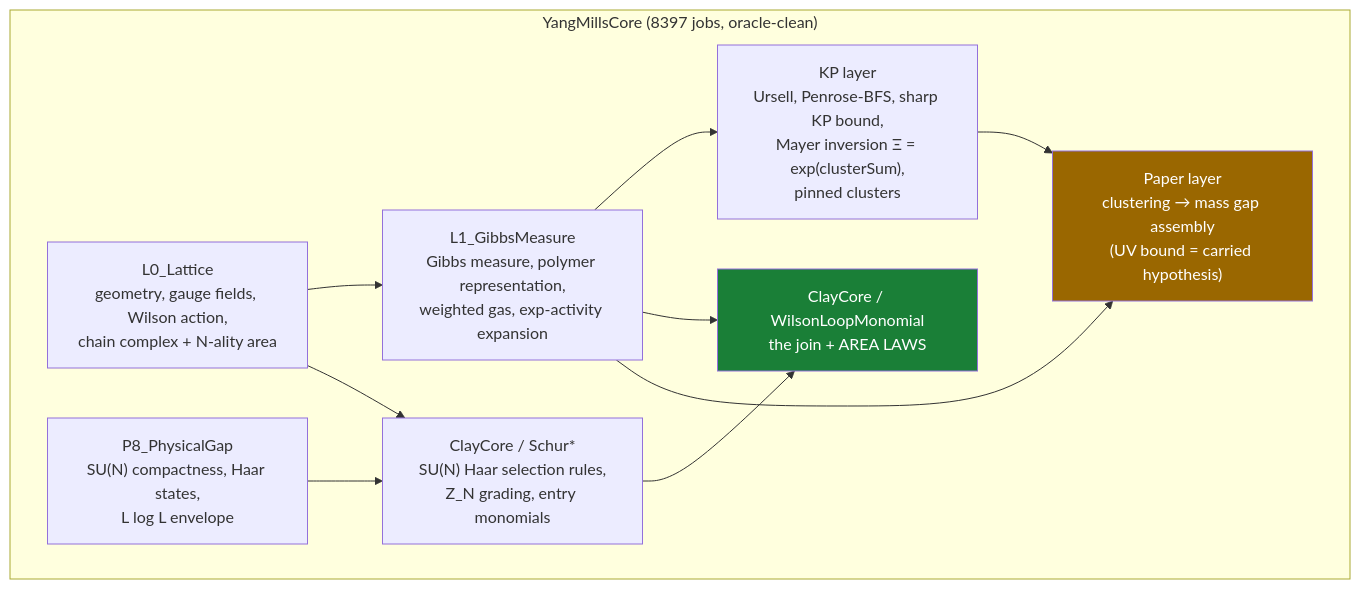
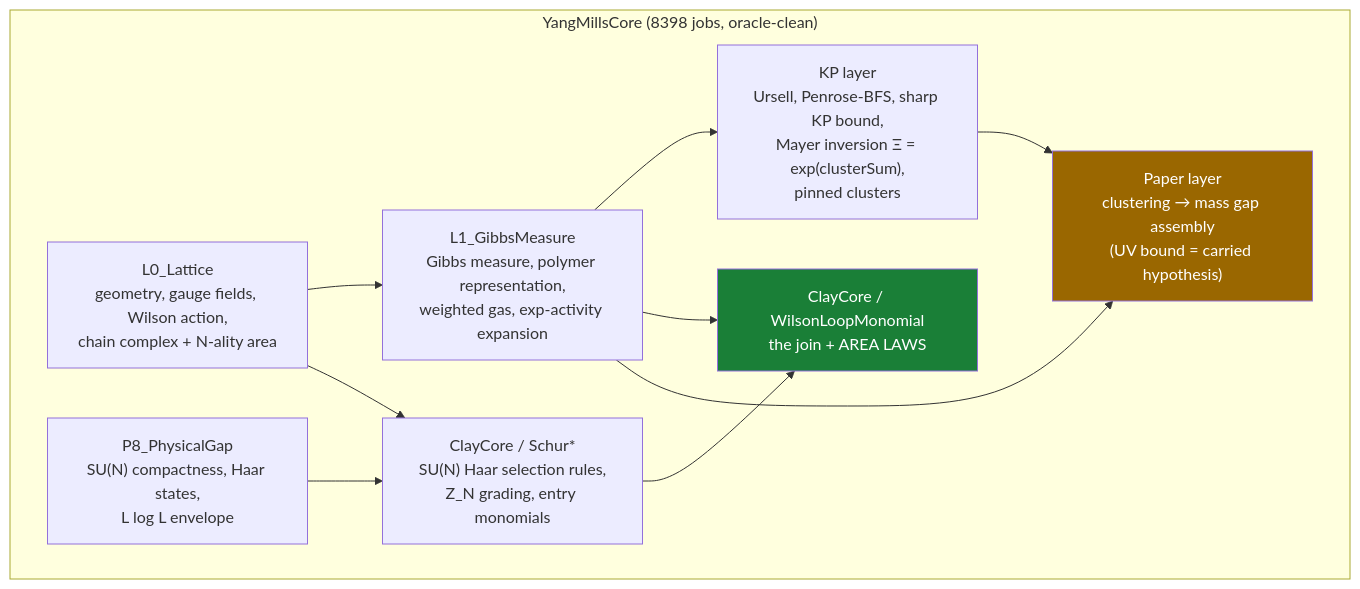
One commit to lluiseriksson/THE-ERIKSSON-PROGRAMME changed the diagram in README.md. Above: the diagram before and after it, drawn with Mermaid. The commit also changed other lines of this file and 11 other files, not shown here.

````diff
--- a/README.md
+++ b/README.md
@@ -363,20 +363,20 @@
 ```mermaid
 graph TD
-    subgraph core["YangMillsCore  (8397 jobs, oracle-clean)"]
+    subgraph core["YangMillsCore  (8398 jobs, oracle-clean)"]
         L0["L0_Lattice<br/>geometry, gauge fields, Wilson action,<br/>chain complex + N-ality area"]
         L1["L1_GibbsMeasure<br/>Gibbs measure, polymer representation,<br/>weighted gas, exp-activity expansion"]
         KP["KP layer<br/>Ursell, Penrose-BFS, sharp KP bound,<br/>Mayer inversion Ξ = exp(clusterSum),<br/>pinned clusters"]
         SCHUR["ClayCore / Schur*<br/>SU(N) Haar selection rules,<br/>Z_N grading, entry monomials"]
         WLM["ClayCore / WilsonLoopMonomial<br/>the join + AREA LAWS"]
         PAPER["Paper layer<br/>clustering → mass gap assembly<br/>(UV bound = carried hypothesis)"]
         P8["P8_PhysicalGap<br/>SU(N) compactness, Haar states,<br/>L log L envelope"]
     end
     L0 --> L1 --> KP
     L0 --> SCHUR --> WLM
     L1 --> WLM
     L1 --> PAPER
     KP --> PAPER
     P8 --> SCHUR
     style WLM fill:#1a7f37,color:#fff
     style PAPER fill:#9a6700,color:#fff
 ```
````
